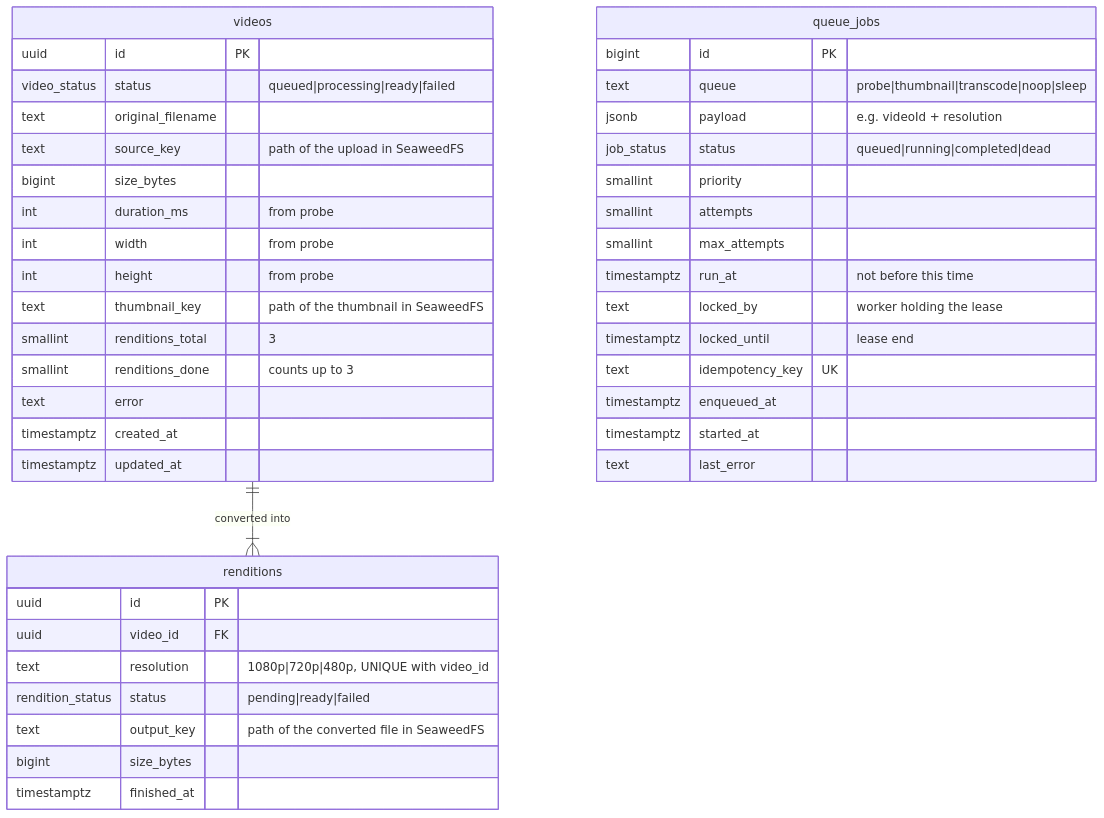
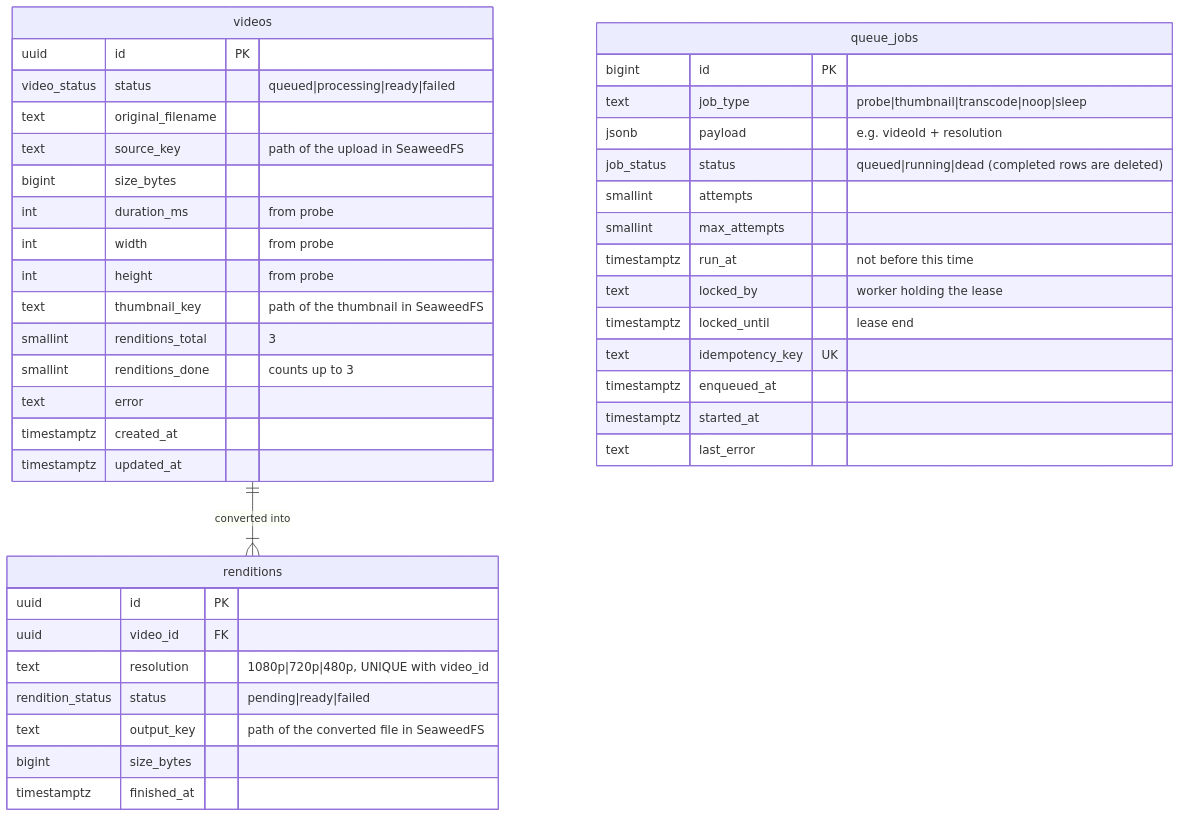
Before and after one commit to momenyasser01/queue-lab: the second of 8 diagrams in docs/system-design.md, drawn with Mermaid. The commit also changed other lines of this file, not shown here.

Commit message:
docs: rename queue table and column, drop job priority

````diff
--- a/docs/system-design.md
+++ b/docs/system-design.md
@@ -104,46 +104,45 @@
 ```mermaid
 erDiagram
   videos ||--|{ renditions : "converted into"
 
   videos {
     uuid id PK
     video_status status "queued|processing|ready|failed"
     text original_filename
     text source_key "path of the upload in SeaweedFS"
     bigint size_bytes
     int duration_ms "from probe"
     int width "from probe"
     int height "from probe"
     text thumbnail_key "path of the thumbnail in SeaweedFS"
     smallint renditions_total "3"
     smallint renditions_done "counts up to 3"
     text error
     timestamptz created_at
     timestamptz updated_at
   }
   renditions {
     uuid id PK
     uuid video_id FK
     text resolution "1080p|720p|480p, UNIQUE with video_id"
     rendition_status status "pending|ready|failed"
     text output_key "path of the converted file in SeaweedFS"
     bigint size_bytes
     timestamptz finished_at
   }
   queue_jobs {
     bigint id PK
-    text queue "probe|thumbnail|transcode|noop|sleep"
+    text job_type "probe|thumbnail|transcode|noop|sleep"
     jsonb payload "e.g. videoId + resolution"
-    job_status status "queued|running|completed|dead"
-    smallint priority
+    job_status status "queued|running|dead (completed rows are deleted)"
     smallint attempts
     smallint max_attempts
     timestamptz run_at "not before this time"
     text locked_by "worker holding the lease"
     timestamptz locked_until "lease end"
     text idempotency_key UK
     timestamptz enqueued_at
     timestamptz started_at
     text last_error
   }
 ```
````
